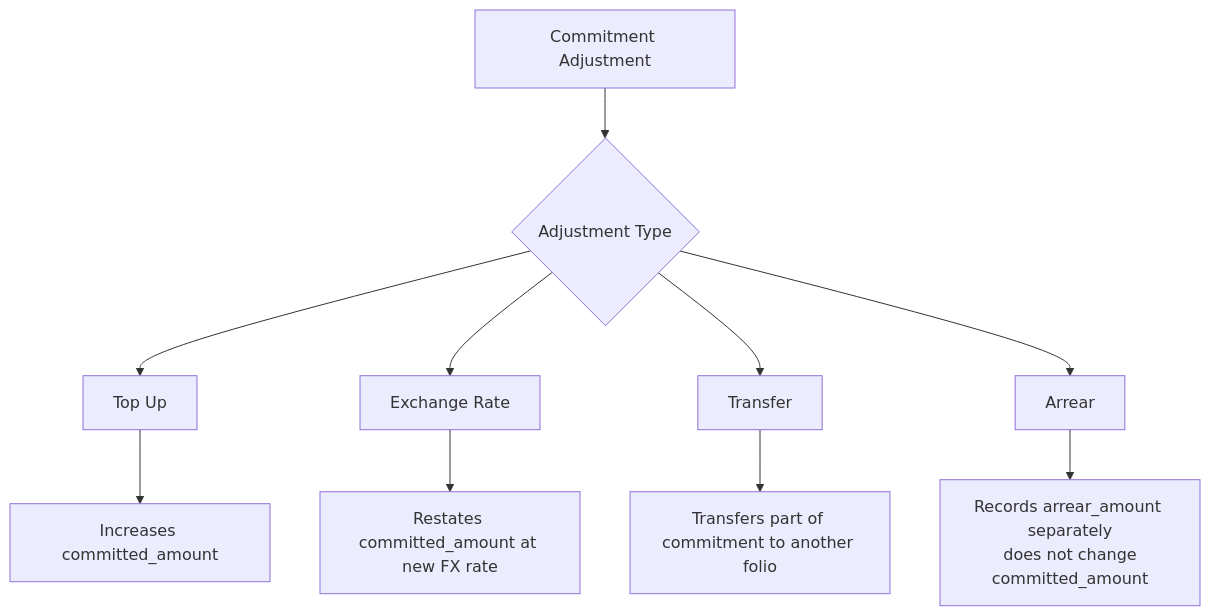
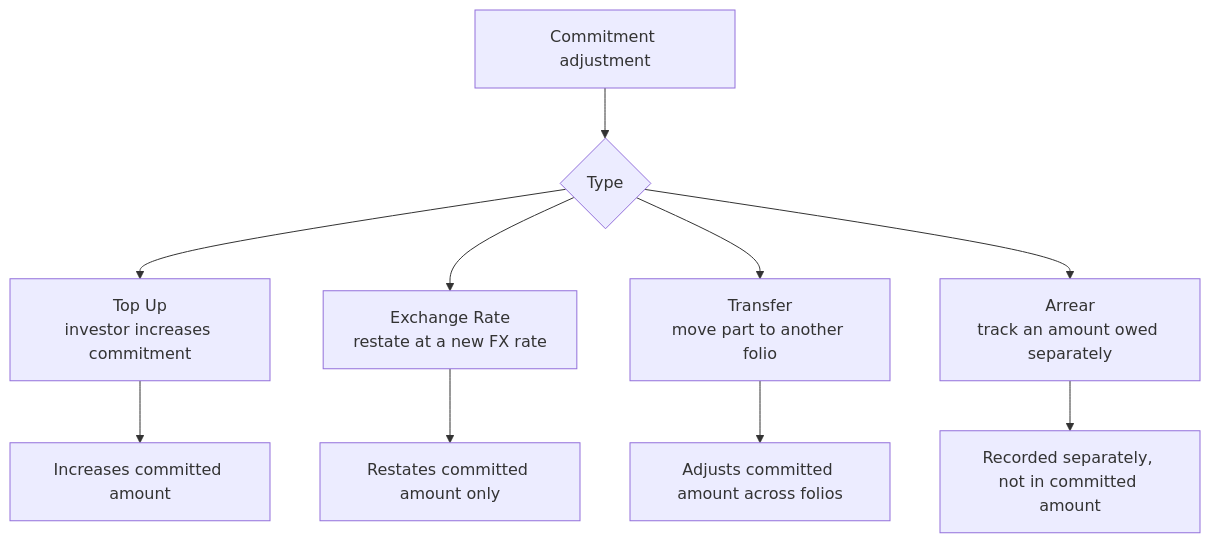
One commit to sampadadiwan/IRM_CompanyMain changed the third of 4 diagrams in docs/user_guides/capital_commitments_user_guide.md. Above: the diagram before and after it, drawn with Mermaid. The commit also changed other lines of this file and 11 other files, not shown here.

````diff
--- a/docs/user_guides/capital_commitments_user_guide.md
+++ b/docs/user_guides/capital_commitments_user_guide.md
@@ -163,13 +154,12 @@
 ```mermaid
 flowchart TD
-    A[Commitment Adjustment] --> B{Adjustment Type}
-    B --> C[Top Up]
-    B --> D[Exchange Rate]
-    B --> E[Transfer]
-    B --> F[Arrear]
-
-    C --> G[Increases committed_amount]
-    D --> H[Restates committed_amount at new FX rate]
-    E --> I[Transfers part of commitment to another folio]
-    F --> J[Records arrear_amount separately\n does not change committed_amount]
+    A[Commitment adjustment] --> B{Type}
+    B --> C[Top Up<br/>investor increases commitment]
+    B --> D[Exchange Rate<br/>restate at a new FX rate]
+    B --> E[Transfer<br/>move part to another folio]
+    B --> F[Arrear<br/>track an amount owed separately]
+    C --> G[Increases committed amount]
+    D --> H[Restates committed amount only]
+    E --> I[Adjusts committed amount across folios]
+    F --> J[Recorded separately, not in committed amount]
 ```
````
